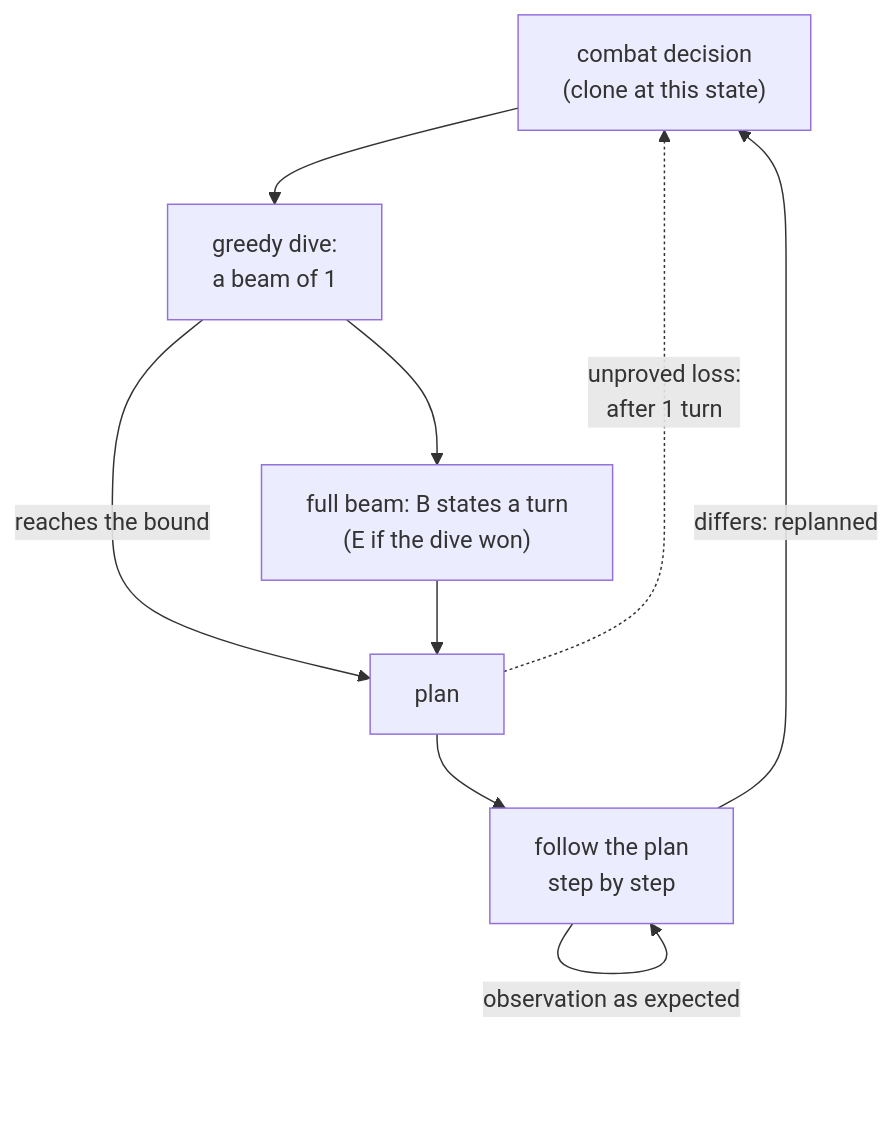
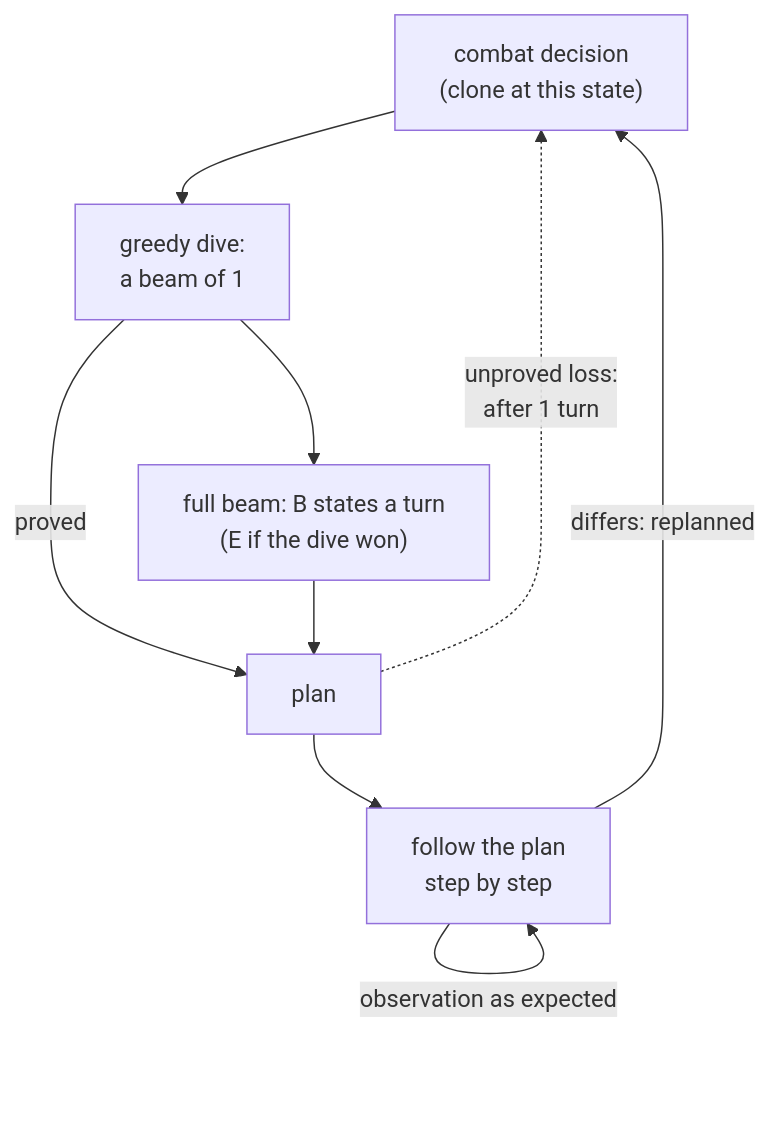
The first of 2 diagrams in docs/src/content/docs/en/arch/sl-planner/index.mdx (shinnku-nikaidou/spire-zero), drawn with Mermaid before and after one commit. The commit also changed other lines of this file and 128 other files, not shown here.

````diff
--- a/docs/src/content/docs/en/arch/sl-planner/index.mdx
+++ b/docs/src/content/docs/en/arch/sl-planner/index.mdx
@@ -49,11 +49,11 @@
 ```mermaid
 flowchart TD
   D["combat decision<br/>(clone at this state)"] --> V["greedy dive:<br/>a beam of 1"]
-  V -->|"reaches the bound"| P["plan"]
+  V -->|"proved"| P["plan"]
   V --> B["full beam: B states a turn<br/>(E if the dive won)"]
   B --> P
   P --> F["follow the plan<br/>step by step"]
   F -->|"observation as expected"| F
   F -->|"differs: replanned"| D
   P -.->|"unproved loss:<br/>after 1 turn"| D
 ```
````
